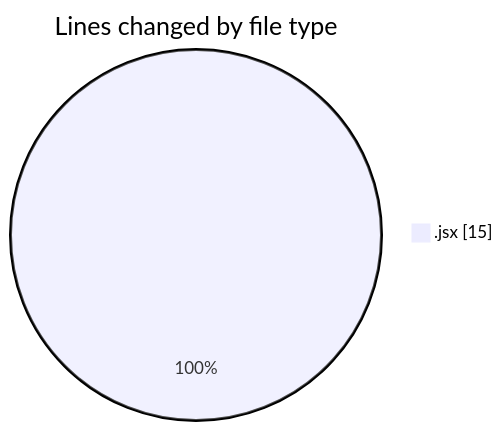
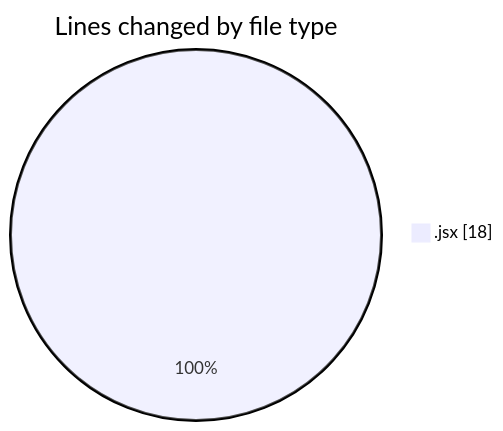
Before and after one commit to momahboobian/code-tracking: the first of 2 diagrams in 2026-02-11/cda/README.md, drawn with Mermaid. The commit also changed other lines of this file and 1 other file, not shown here.

````diff
--- a/2026-02-11/cda/README.md
+++ b/2026-02-11/cda/README.md
@@ -20,5 +20,5 @@
 ```mermaid
 pie showData
 title Lines changed by file type
-".jsx" : 15
+".jsx" : 18
 ```
````
